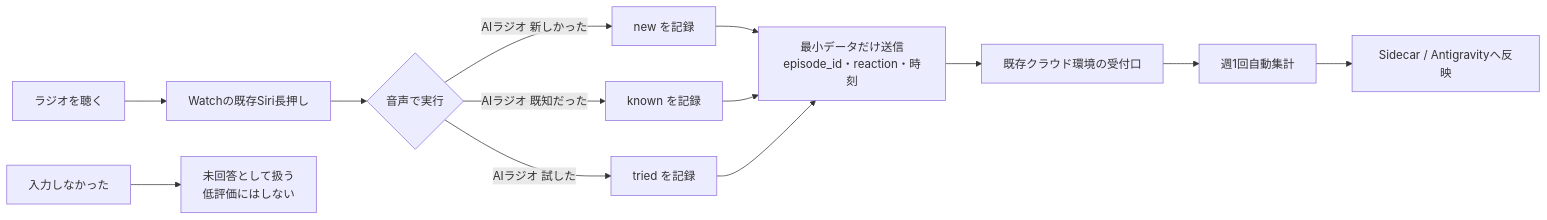
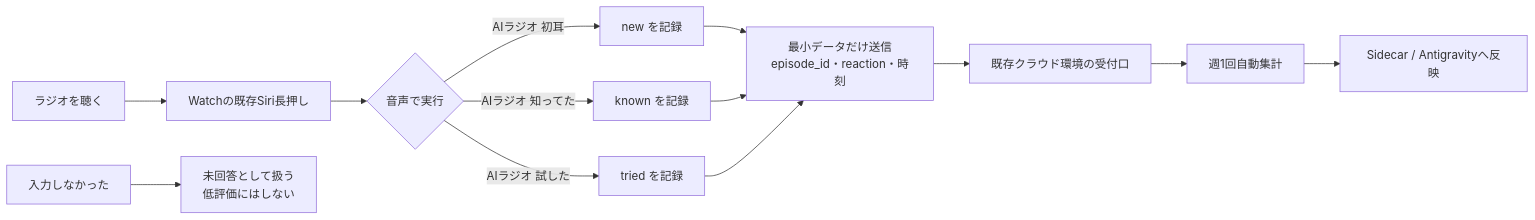
Before and after one commit to hachimarua/ai-podcast: the second of 2 diagrams in docs/visuals/operations-and-feedback.md, drawn with Mermaid. The commit also changed other lines of this file and 24 other files, not shown here.

````diff
--- a/docs/visuals/operations-and-feedback.md
+++ b/docs/visuals/operations-and-feedback.md
@@ -38,15 +38,15 @@
 ```mermaid
 flowchart LR
     A["ラジオを聴く"] --> B["Watchの既存Siri長押し"]
     B --> C{"音声で実行"}
-    C -->|"AIラジオ 新しかった"| D["new を記録"]
-    C -->|"AIラジオ 既知だった"| E["known を記録"]
+    C -->|"AIラジオ 初耳"| D["new を記録"]
+    C -->|"AIラジオ 知ってた"| E["known を記録"]
     C -->|"AIラジオ 試した"| F["tried を記録"]
     D --> G["最小データだけ送信<br/>episode_id・reaction・時刻"]
     E --> G
     F --> G
     G --> H["既存クラウド環境の受付口"]
     H --> I["週1回自動集計"]
     I --> J["Sidecar / Antigravityへ反映"]
     K["入力しなかった"] --> L["未回答として扱う<br/>低評価にはしない"]
 ```
````
